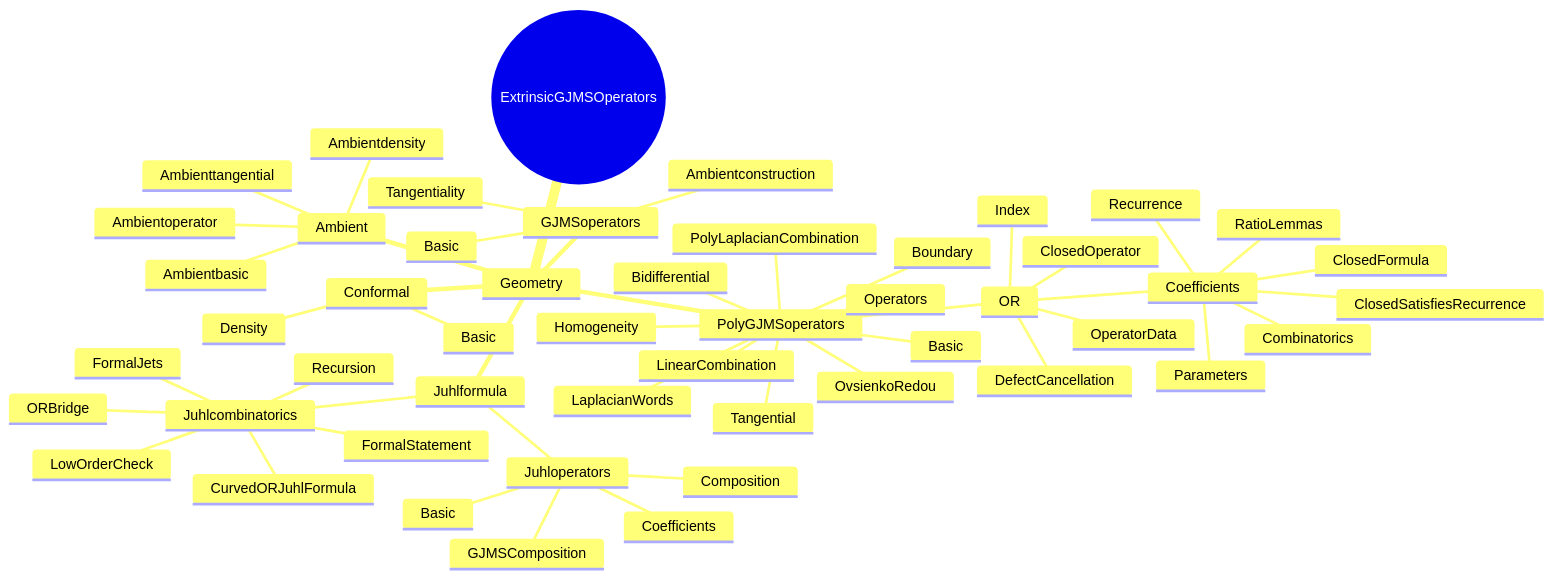
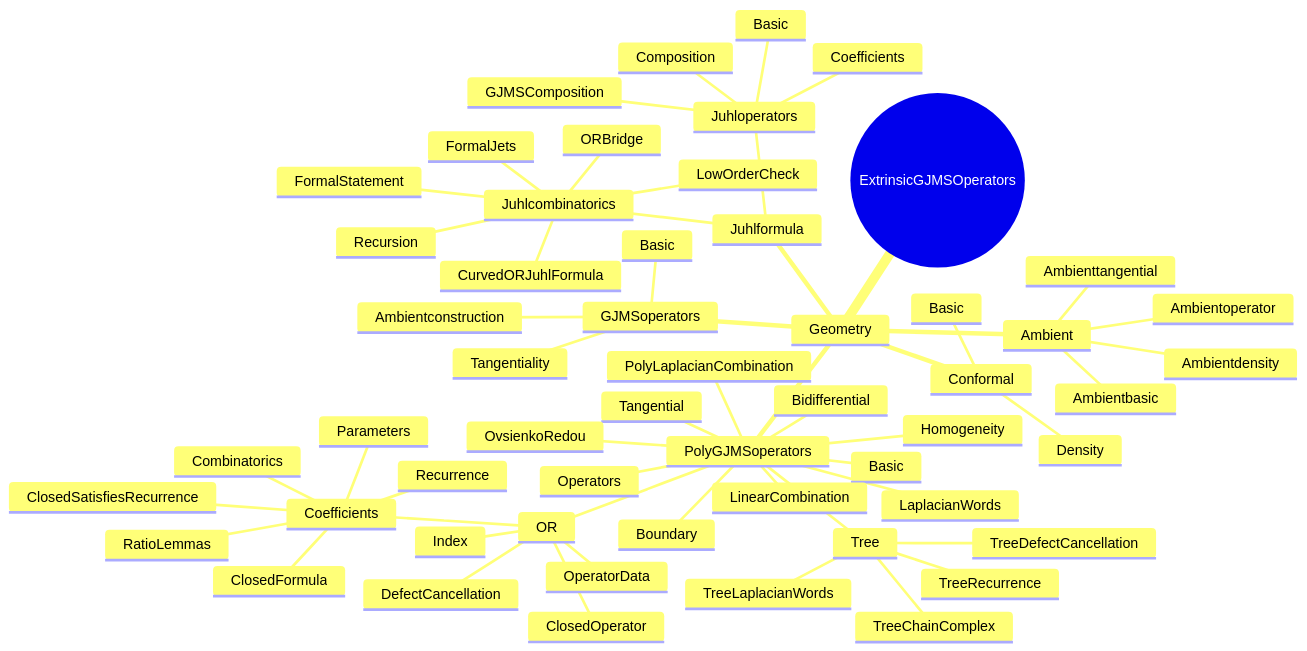
The first of 3 diagrams in README.md (ZetianYan/ConformalCovariantOperators), drawn with Mermaid before and after one commit. The commit also changed other lines of this file and 5 other files, not shown here.

Commit message:
Add rank-general tree recurrence scaffold

````diff
--- a/README.md
+++ b/README.md
@@ -11,53 +11,58 @@
 ```mermaid
 mindmap
   root((ExtrinsicGJMSOperators))
     Geometry
       Conformal
         Basic
         Density
       Ambient
         Ambientbasic
         Ambientdensity
         Ambientoperator
         Ambienttangential
       GJMSoperators
         Basic
         Ambientconstruction
         Tangentiality
       PolyGJMSoperators
         Basic
         Homogeneity
         Operators
         Boundary
         Tangential
         Bidifferential
         LaplacianWords
+        Tree
+          TreeLaplacianWords
+          TreeRecurrence
+          TreeDefectCancellation
+          TreeChainComplex
         LinearCombination
         PolyLaplacianCombination
         OvsienkoRedou
         OR
           Index
           OperatorData
           DefectCancellation
           ClosedOperator
           Coefficients
             Parameters
             Combinatorics
             Recurrence
             RatioLemmas
             ClosedFormula
             ClosedSatisfiesRecurrence
       Juhlformula
         Juhloperators
           Basic
           Composition
           GJMSComposition
           Coefficients
         Juhlcombinatorics
           FormalJets
           Recursion
           LowOrderCheck
           FormalStatement
           ORBridge
           CurvedORJuhlFormula
 ```
````
